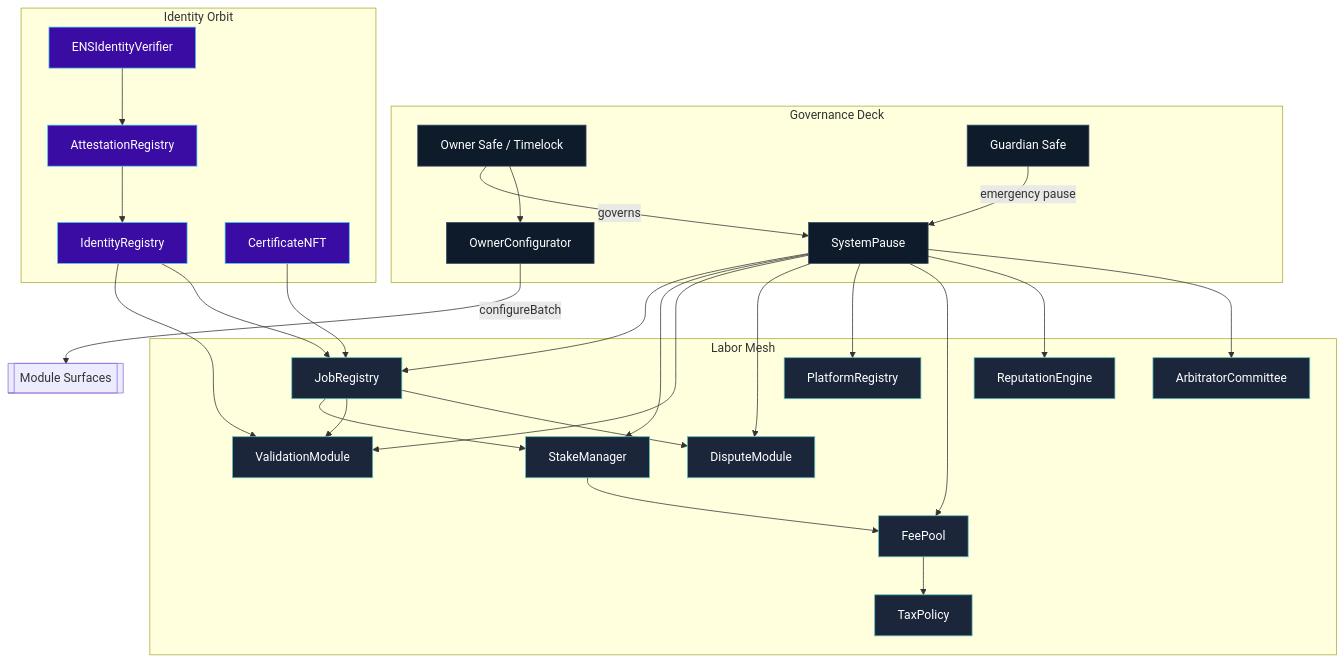
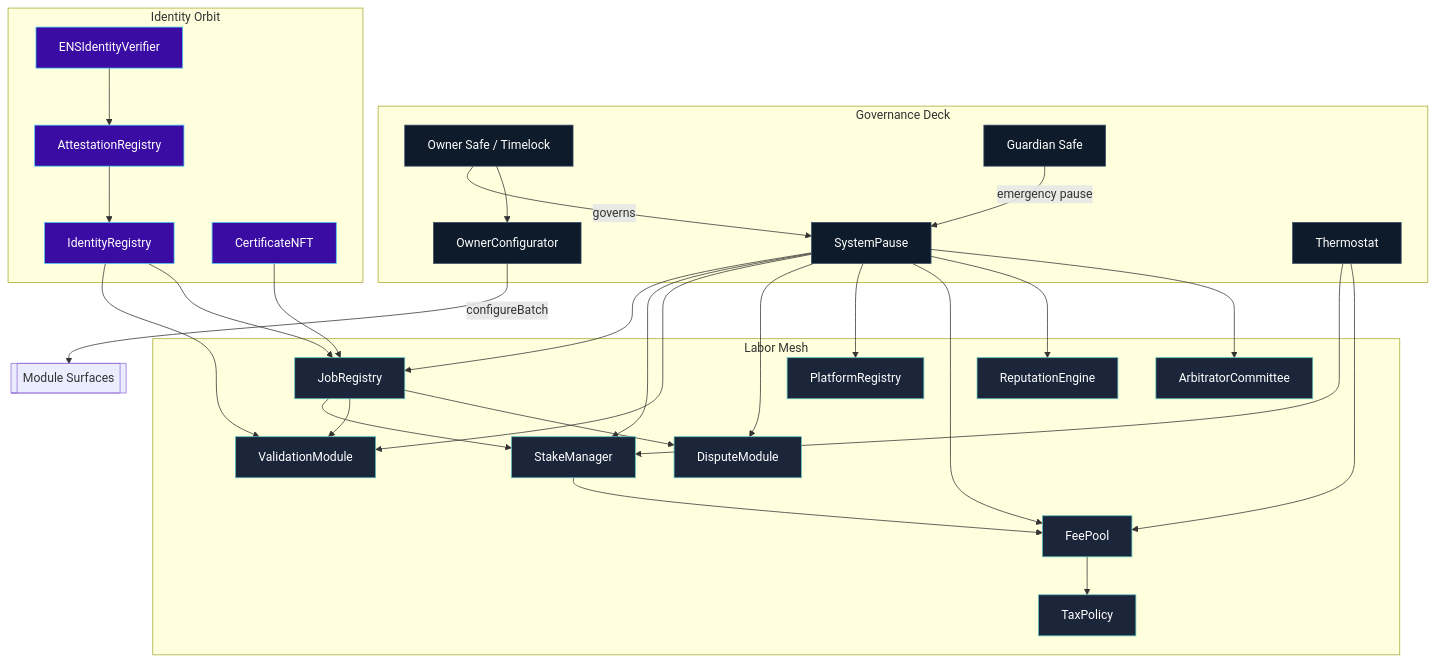
One commit to MontrealAI/agijobs-sovereign-labor-v0p1 changed the first of 7 diagrams in README.md. Above: the diagram before and after it, drawn with Mermaid. The commit also changed other lines of this file, not shown here.

Commit message:
docs: refresh sovereign labor command deck

````diff
--- a/README.md
+++ b/README.md
@@ -51,49 +55,52 @@
 ```mermaid
 flowchart TB
     subgraph Governance Deck
         owner[Owner Safe / Timelock]
         guardian[Guardian Safe]
         configurator[OwnerConfigurator]
         pause[SystemPause]
+        thermo[Thermostat]
     end
     subgraph Labor Mesh
         job[JobRegistry]
         stake[StakeManager]
         validate[ValidationModule]
         dispute[DisputeModule]
         platform[PlatformRegistry]
         fee[FeePool]
         rep[ReputationEngine]
         arb[ArbitratorCommittee]
         tax[TaxPolicy]
     end
     subgraph Identity Orbit
         id[IdentityRegistry]
         att[AttestationRegistry]
         cert[CertificateNFT]
         ens[ENSIdentityVerifier]
     end
 
     owner -->|governs| pause
     guardian -->|emergency pause| pause
     owner --> configurator
     configurator -->|configureBatch| laborMesh[[Module Surfaces]]
     pause --> job & stake & validate & dispute & platform & fee & rep & arb
+    thermo --> stake
+    thermo --> fee
     job --> stake
     job --> validate
     job --> dispute
     stake --> fee
     fee --> tax
     id --> validate
     id --> job
     att --> id
     cert --> job
     ens --> att
 
     classDef deck fill:#0d1b2a,stroke:#3a506b,color:#fff;
     classDef mesh fill:#1b263b,stroke:#5bc0be,color:#fff;
     classDef orbit fill:#3a0ca3,stroke:#4cc9f0,color:#fff;
-    class owner,guardian,configurator,pause deck;
+    class owner,guardian,configurator,pause,thermo deck;
     class job,stake,validate,dispute,platform,fee,rep,arb,tax mesh;
     class id,att,cert,ens orbit;
 ```
````
